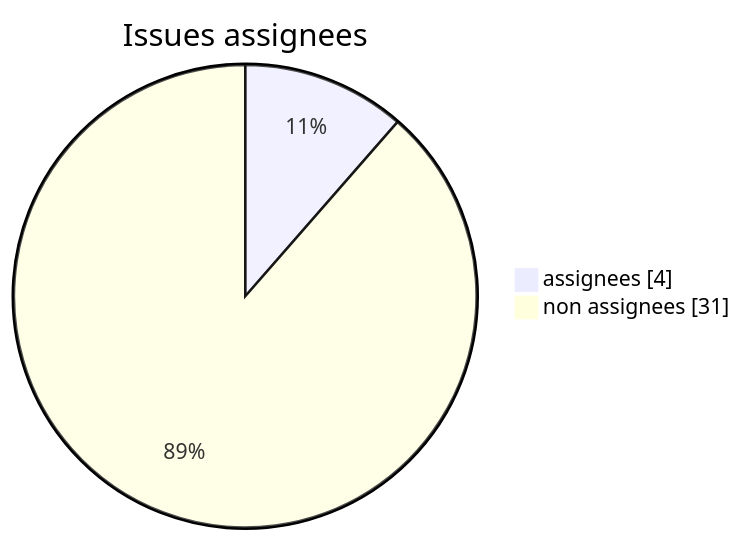
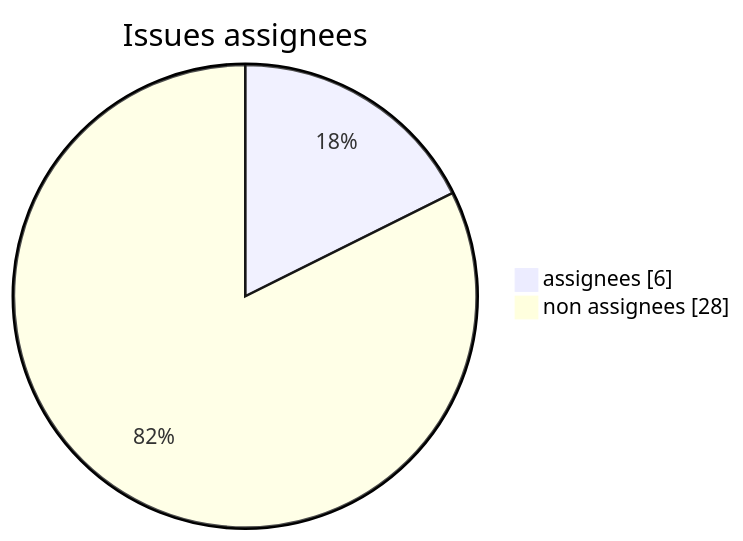
The first of 7 diagrams in modules/M41_projet-board-J01.md (Gooseppr/GevOps_LC), drawn with Mermaid before and after one commit. The commit also changed other lines of this file, not shown here.

````diff
--- a/modules/M41_projet-board-J01.md
+++ b/modules/M41_projet-board-J01.md
@@ -30,6 +30,6 @@
 ```mermaid
 pie showData
     title Issues assignees
-    "assignees" : 4
-    "non assignees" : 31
+    "assignees" : 6
+    "non assignees" : 28
 ```
````
